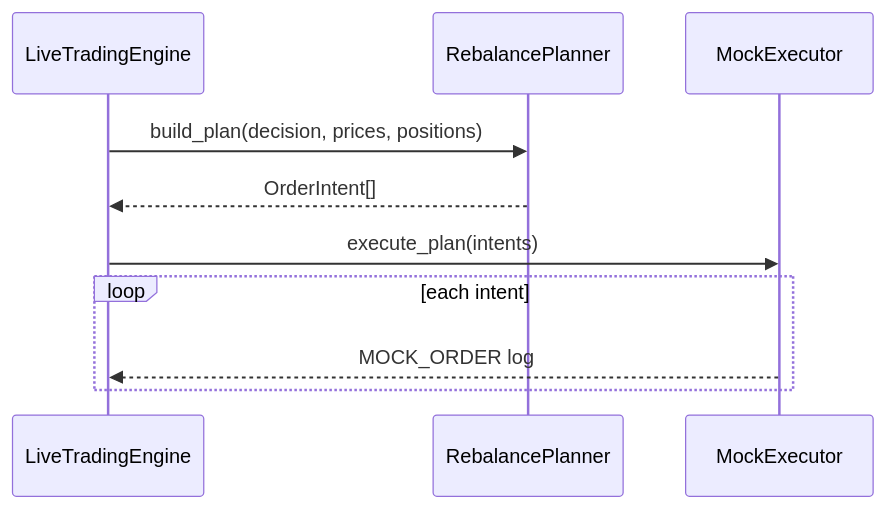
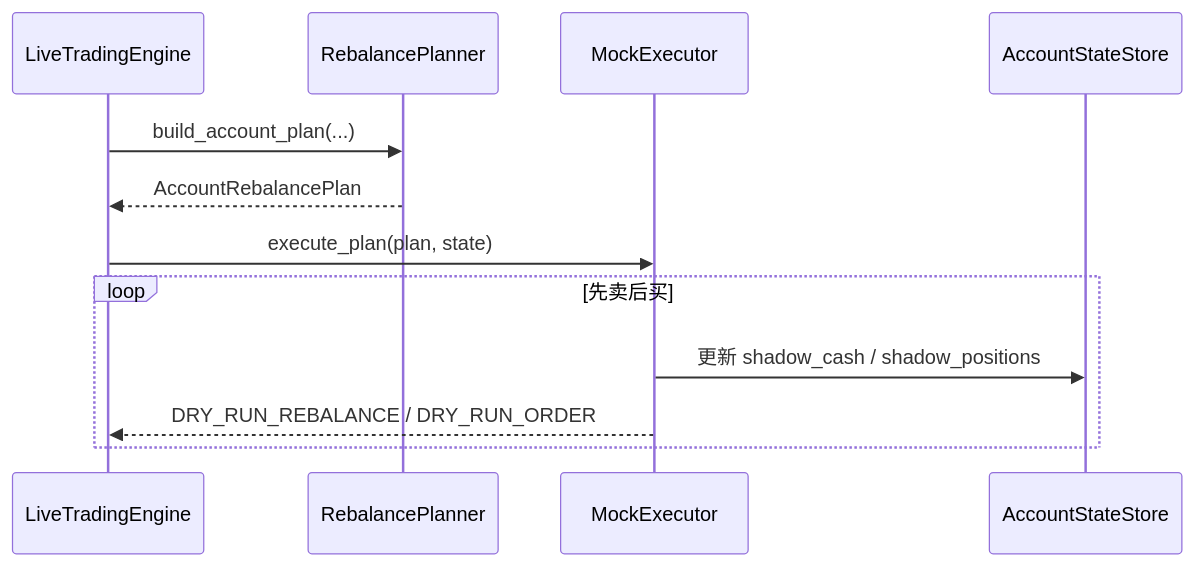
One commit to hangchow/backtest changed the second of 3 diagrams in docs/README_livetrading_real_order_plan.md. Above: the diagram before and after it, drawn with Mermaid. The commit also changed other lines of this file and 33 other files, not shown here.

Commit message:
Refactor livetrading config and execution flow

````diff
--- a/docs/README_livetrading_real_order_plan.md
+++ b/docs/README_livetrading_real_order_plan.md
@@ -406,13 +172,15 @@
 ```mermaid
 sequenceDiagram
     participant ENG as LiveTradingEngine
     participant PLAN as RebalancePlanner
     participant EXE as MockExecutor
+    participant STORE as AccountStateStore
 
-    ENG->>PLAN: build_plan(decision, prices, positions)
-    PLAN-->>ENG: OrderIntent[]
-    ENG->>EXE: execute_plan(intents)
-    loop each intent
-        EXE-->>ENG: MOCK_ORDER log
+    ENG->>PLAN: build_account_plan(...)
+    PLAN-->>ENG: AccountRebalancePlan
+    ENG->>EXE: execute_plan(plan, state)
+    loop 先卖后买
+        EXE->>STORE: 更新 shadow_cash / shadow_positions
+        EXE-->>ENG: DRY_RUN_REBALANCE / DRY_RUN_ORDER
     end
 ```
````
